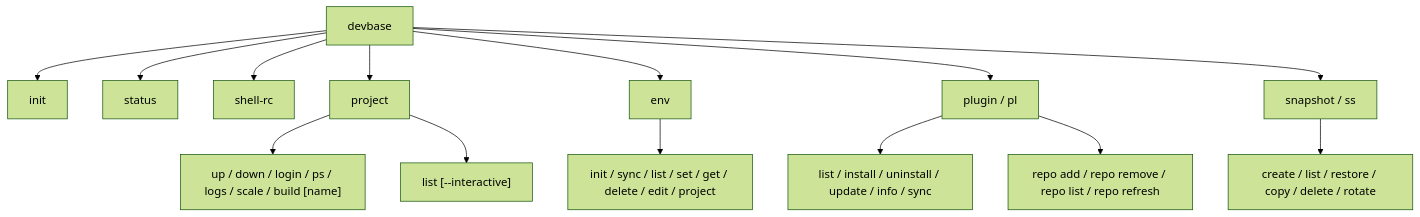
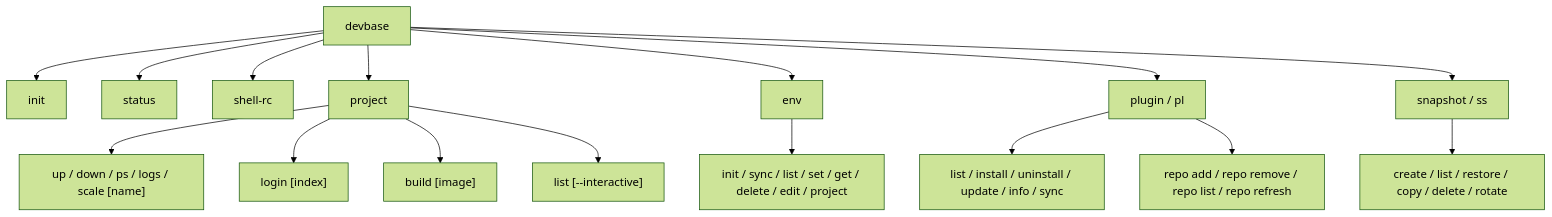
One commit to devbasex/devbase changed the diagram in docs/user/cli-reference.md. Above: the diagram before and after it, drawn with Mermaid (forest theme). The commit also changed other lines of this file and 3 other files, not shown here.

````diff
--- a/docs/user/cli-reference.md
+++ b/docs/user/cli-reference.md
@@ -9,16 +9,18 @@
 ```mermaid
 graph TD
     A[devbase] --> B[init]
     A --> C[status]
     A --> H[shell-rc]
     A --> D[project]
     A --> E[env]
     A --> F[plugin / pl]
     A --> G[snapshot / ss]
-    D --> D1["up / down / login / ps / logs / scale / build [name]"]
+    D --> D1["up / down / ps / logs / scale [name]"]
+    D --> D3["login [index]"]
+    D --> D4["build [image]"]
     D --> D2["list [--interactive]"]
     E --> E1[init / sync / list / set / get / delete / edit / project]
     F --> F1[list / install / uninstall / update / info / sync]
     F --> F2[repo add / repo remove / repo list / repo refresh]
     G --> G1[create / list / restore / copy / delete / rotate]
 ```
````
